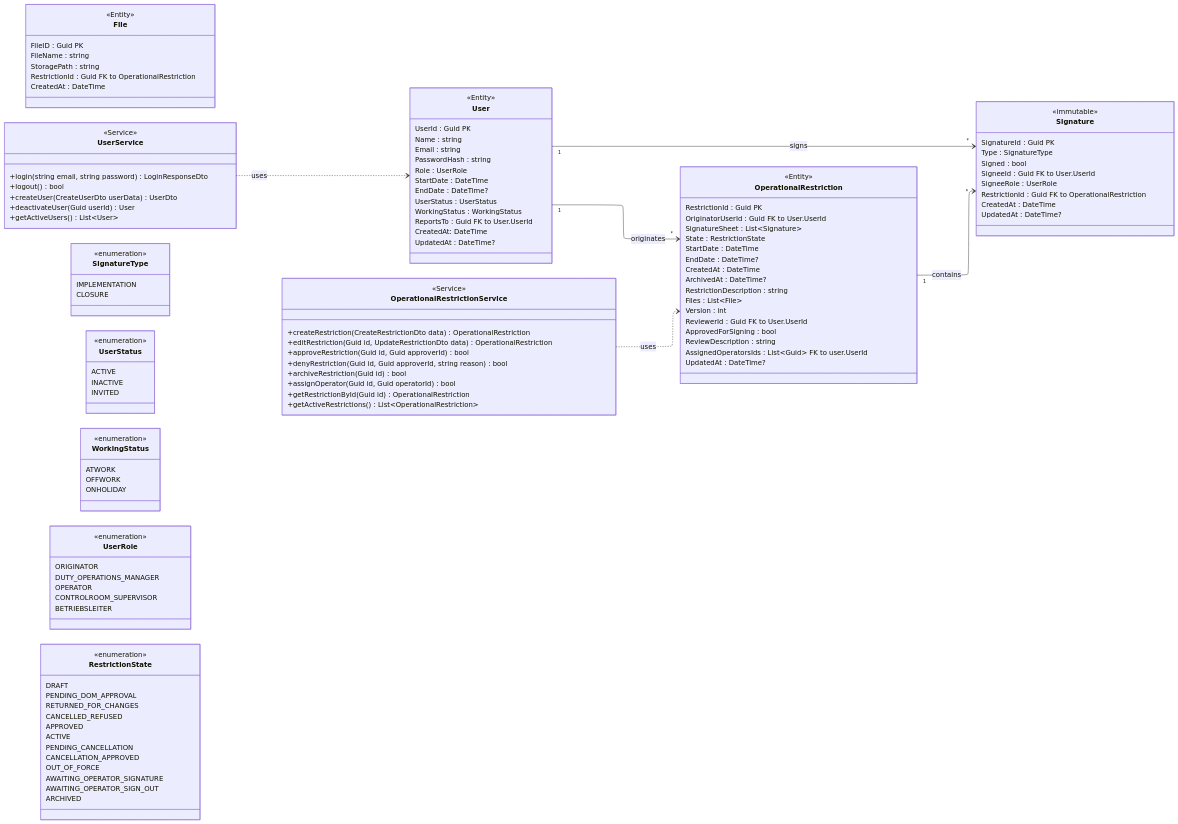
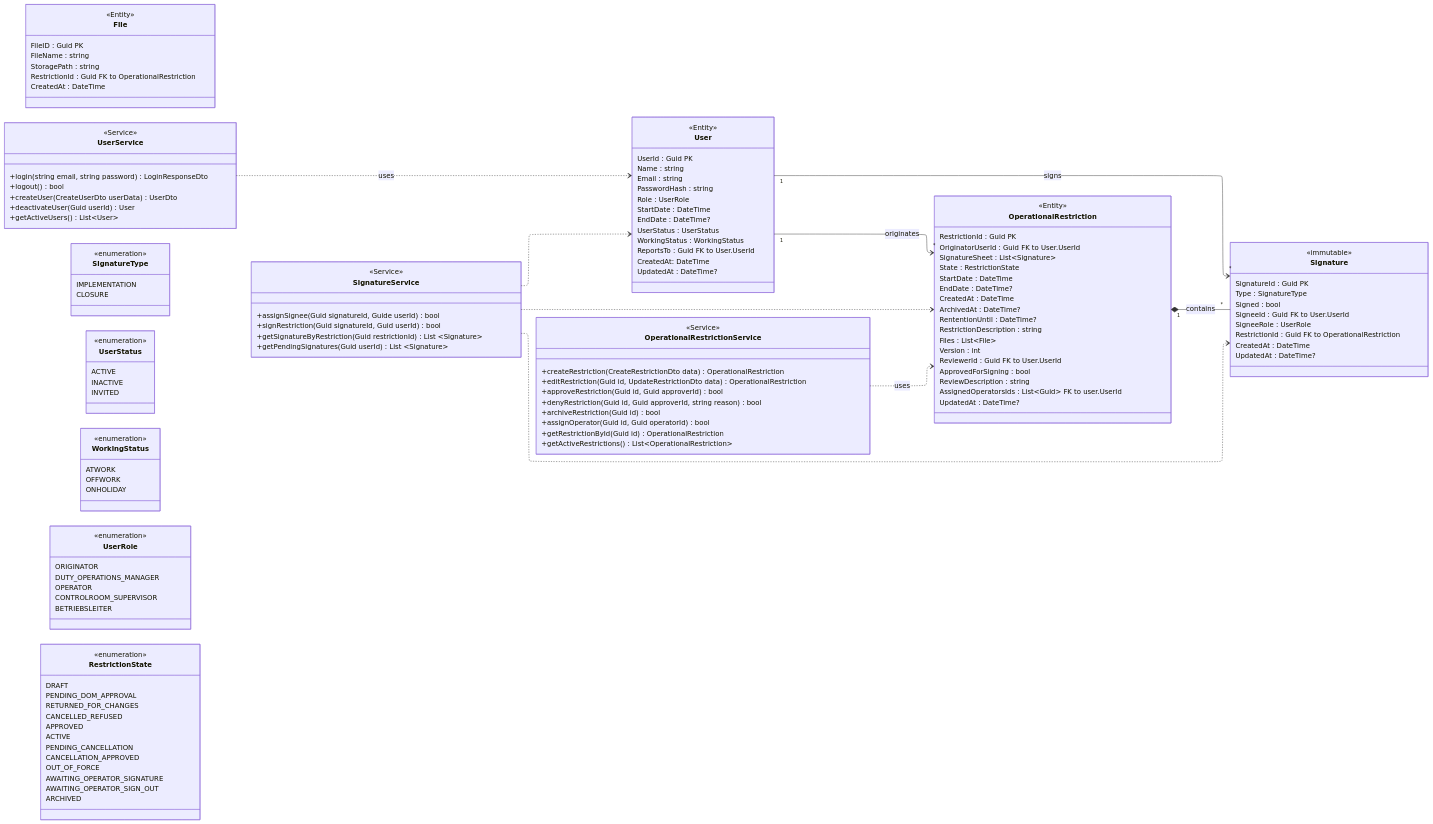
Before and after one commit to Bbay1-aau/case-c-operational-restrictions: the diagram in diagrams/MET-C-041.mmd, drawn with Mermaid.

Commit message:
refine class diagram relationships and signature management
Signature is traceable to the User
Added a retention policy

```diff
--- a/diagrams/MET-C-041.mmd
+++ b/diagrams/MET-C-041.mmd
@@ -1,153 +1,167 @@
 ---
 config:
   layout: elk
 ---
 classDiagram
 direction LR
 
 %% =========================
 %% ENTITIES
 %% =========================
 
 class Signature {
     <<immutable>>
     SignatureId : Guid  PK
     Type : SignatureType 
     Signed : bool 
     SigneeId : Guid  FK to User.UserId
     SigneeRole : UserRole 
     RestrictionId : Guid  FK to OperationalRestriction
     CreatedAt : DateTime 
     UpdatedAt : DateTime? 
 }
 
 class User {
     <<Entity>>
     UserId : Guid  PK
     Name : string 
     Email : string 
     PasswordHash : string 
     Role : UserRole 
     StartDate : DateTime 
     EndDate : DateTime? 
     UserStatus : UserStatus 
     WorkingStatus : WorkingStatus 
     ReportsTo : Guid  FK to User.UserId
     CreatedAt: DateTime 
     UpdatedAt : DateTime? 
 }
 
 class OperationalRestriction {
     <<Entity>>
     RestrictionId : Guid  PK
     OriginatorUserId : Guid  FK to User.UserId
     SignatureSheet : List~Signature~ 
     State : RestrictionState 
     StartDate : DateTime 
     EndDate : DateTime? 
     CreatedAt : DateTime 
-    ArchivedAt : DateTime? 
+    ArchivedAt : DateTime?
+    RententionUntil : DateTime?
     RestrictionDescription : string 
     Files : List~File~ 
     Version : int 
     ReviewerId : Guid  FK to User.UserId
     ApprovedForSigning : bool 
     ReviewDescription : string 
     AssignedOperatorsIds : List~Guid~  FK to user.UserId
     UpdatedAt : DateTime? 
 }
 
 class File {
     <<Entity>>
     FileID : Guid  PK
     FileName : string 
     StoragePath : string 
     RestrictionId : Guid  FK to OperationalRestriction
     CreatedAt : DateTime 
 }
 
 %% =========================
 %% SERVICES
 %% =========================
 
 class UserService {
     <<Service>>
     +login(string email, string password) LoginResponseDto
     +logout() bool
     +createUser(CreateUserDto userData) UserDto
     +deactivateUser(Guid userId) User
     +getActiveUsers() List~User~
 }
 
 class OperationalRestrictionService {
     <<Service>>
     +createRestriction(CreateRestrictionDto data) OperationalRestriction
     +editRestriction(Guid id, UpdateRestrictionDto data) OperationalRestriction
     +approveRestriction(Guid id, Guid approverId) bool
     +denyRestriction(Guid id, Guid approverId, string reason) bool
     +archiveRestriction(Guid id) bool
     +assignOperator(Guid id, Guid operatorId) bool
     +getRestrictionById(Guid id) OperationalRestriction
     +getActiveRestrictions() List~OperationalRestriction~
+
+}
+
+class SignatureService {
+   <<Service>>
+    +assignSignee(Guid signatureId, Guide userId) bool
+    +signRestriction(Guid signatureId, Guid userId) bool
+    +getSignatureByRestriction(Guid restrictionId) List ~Signature~
+    +getPendingSignatures(Guid userId) List ~Signature~
 }
 
 %% =========================
 %% ENUMS
 %% =========================
 
 class SignatureType {
     <<enumeration>>
     IMPLEMENTATION
     CLOSURE
 }
 
 class UserStatus {
     <<enumeration>>
     ACTIVE
     INACTIVE
     INVITED
 }
 
 class WorkingStatus {
     <<enumeration>>
     ATWORK
     OFFWORK
     ONHOLIDAY
 }
 
 class UserRole {
     <<enumeration>>
     ORIGINATOR
     DUTY_OPERATIONS_MANAGER
     OPERATOR
     CONTROLROOM_SUPERVISOR
     BETRIEBSLEITER
 }
 
 class RestrictionState {
     <<enumeration>>
     DRAFT
     PENDING_DOM_APPROVAL
     RETURNED_FOR_CHANGES
     CANCELLED_REFUSED
     APPROVED
     ACTIVE
     PENDING_CANCELLATION
     CANCELLATION_APPROVED
     OUT_OF_FORCE
     AWAITING_OPERATOR_SIGNATURE
     AWAITING_OPERATOR_SIGN_OUT
     ARCHIVED
 }
 
 %% =========================
 %% RELATIONSHIPS
 %% =========================
 
 User "1" --> "*" Signature : signs
 UserService ..> User : uses
 
 User "1" --> "*" OperationalRestriction : originates
 OperationalRestrictionService ..> OperationalRestriction : uses
 
-OperationalRestriction "1" --> "*" Signature : contains
+OperationalRestriction "1" *-- "*" Signature : contains
+
+SignatureService ..> Signature
+SignatureService ..> User
+SignatureService ..> OperationalRestriction
```
